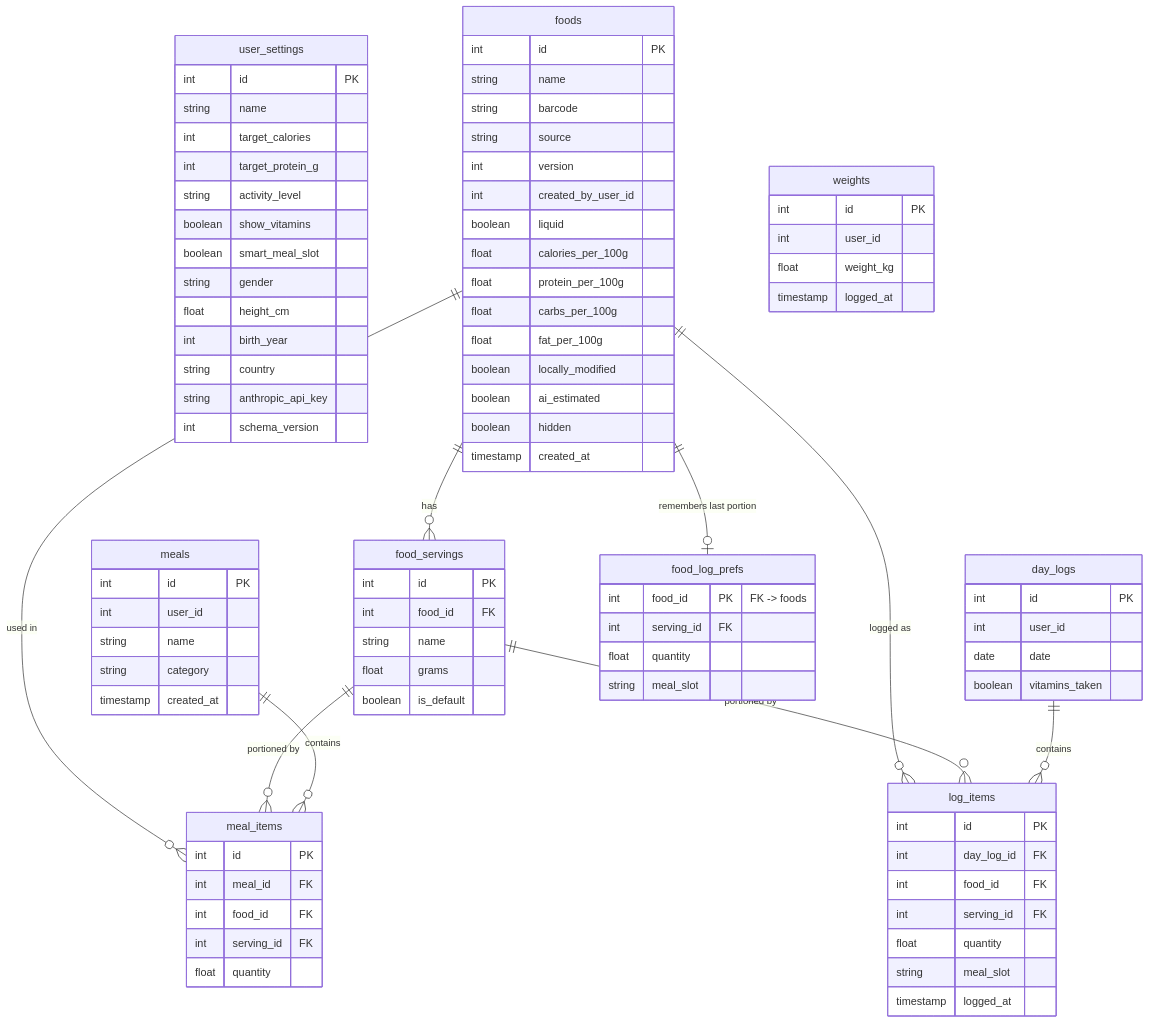
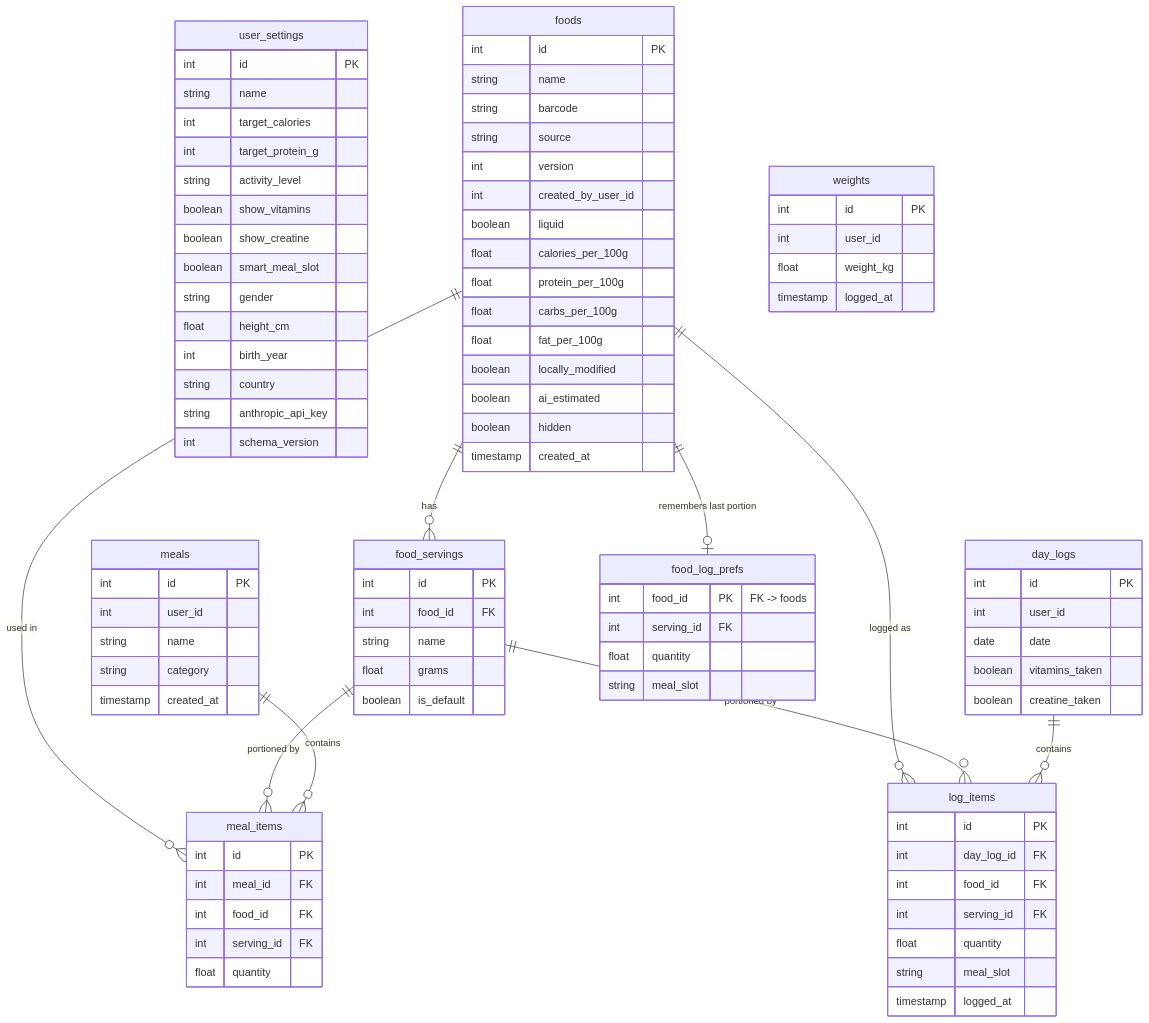
The diagram in database/schema.md (Kevintrf/MyFoodHabits), drawn with Mermaid before and after one commit. The commit also changed other lines of this file and 12 other files, not shown here.

```diff
--- a/database/schema.md
+++ b/database/schema.md
@@ -15,6 +15,7 @@
         int target_protein_g
         string activity_level
         boolean show_vitamins
+        boolean show_creatine
         boolean smart_meal_slot
         string gender
         float height_cm
@@ -71,6 +72,7 @@
         int user_id
         date date
         boolean vitamins_taken
+        boolean creatine_taken
     }
 
     log_items {
```
